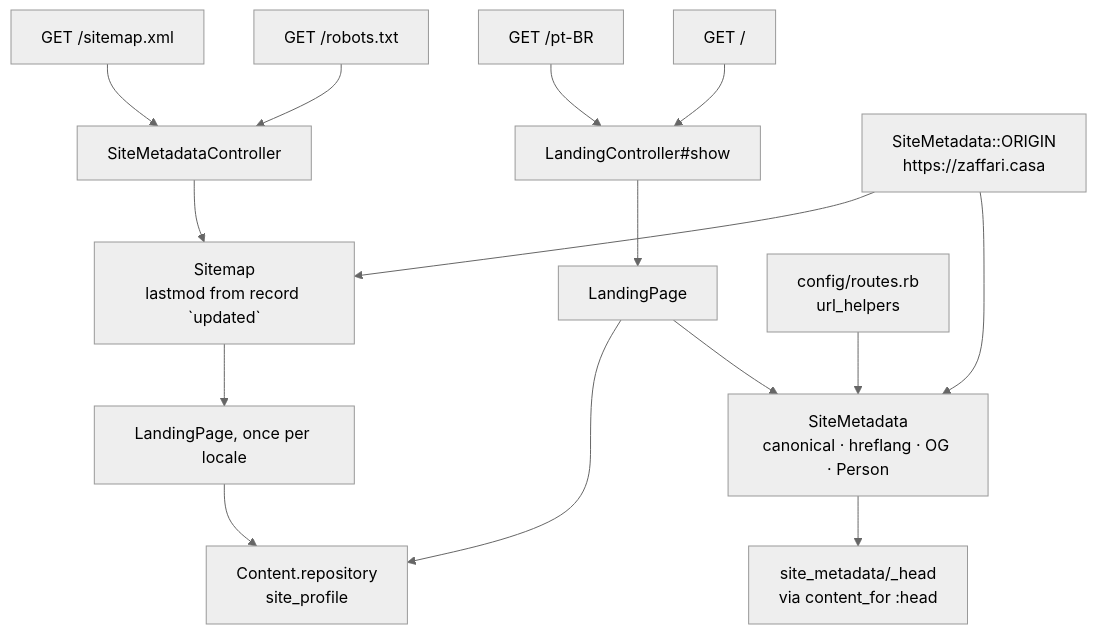
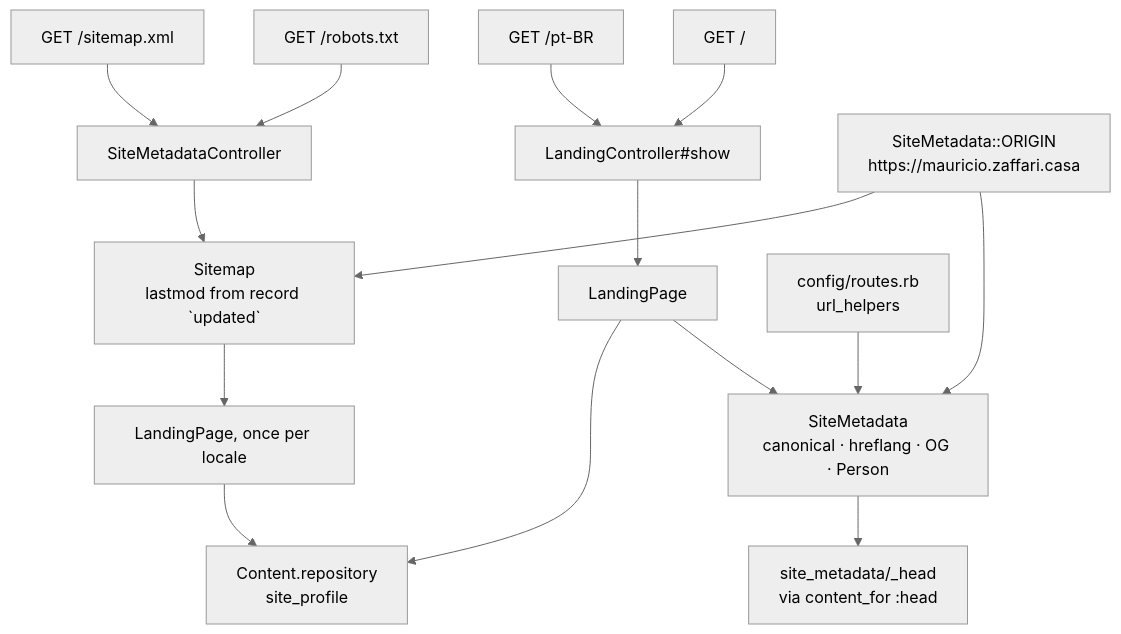
One commit to mauriciozaffari/portfolio changed the diagram in features/site-metadata/IMPLEMENTATION.md. Above: the diagram before and after it, drawn with Mermaid (neutral theme). The commit also changed 15 other files, not shown here.

First line of the commit message:
Point the canonical origin at mauricio.zaffari.casa

````diff
--- a/features/site-metadata/IMPLEMENTATION.md
+++ b/features/site-metadata/IMPLEMENTATION.md
@@ -25,19 +25,19 @@
 ```mermaid
 flowchart TD
   ROOT["GET /"] --> LC
   PTBR["GET /pt-BR"] --> LC
   LC["LandingController#show"] --> PAGE["LandingPage"]
   PAGE --> SM["SiteMetadata<br/>canonical · hreflang · OG · Person"]
   SM --> HEAD["site_metadata/_head<br/>via content_for :head"]
 
   ROBOTS["GET /robots.txt"] --> SMC
   MAP["GET /sitemap.xml"] --> SMC
   SMC["SiteMetadataController"] --> SITEMAP["Sitemap<br/>lastmod from record `updated`"]
   SITEMAP --> PAGE2["LandingPage, once per locale"]
   PAGE2 --> REPO
   PAGE --> REPO["Content.repository<br/>site_profile"]
 
-  ORIGIN["SiteMetadata::ORIGIN<br/>https://zaffari.casa"] --> SM
+  ORIGIN["SiteMetadata::ORIGIN<br/>https://mauricio.zaffari.casa"] --> SM
   ORIGIN --> SITEMAP
   ROUTES["config/routes.rb<br/>url_helpers"] --> SM
 ```
````
